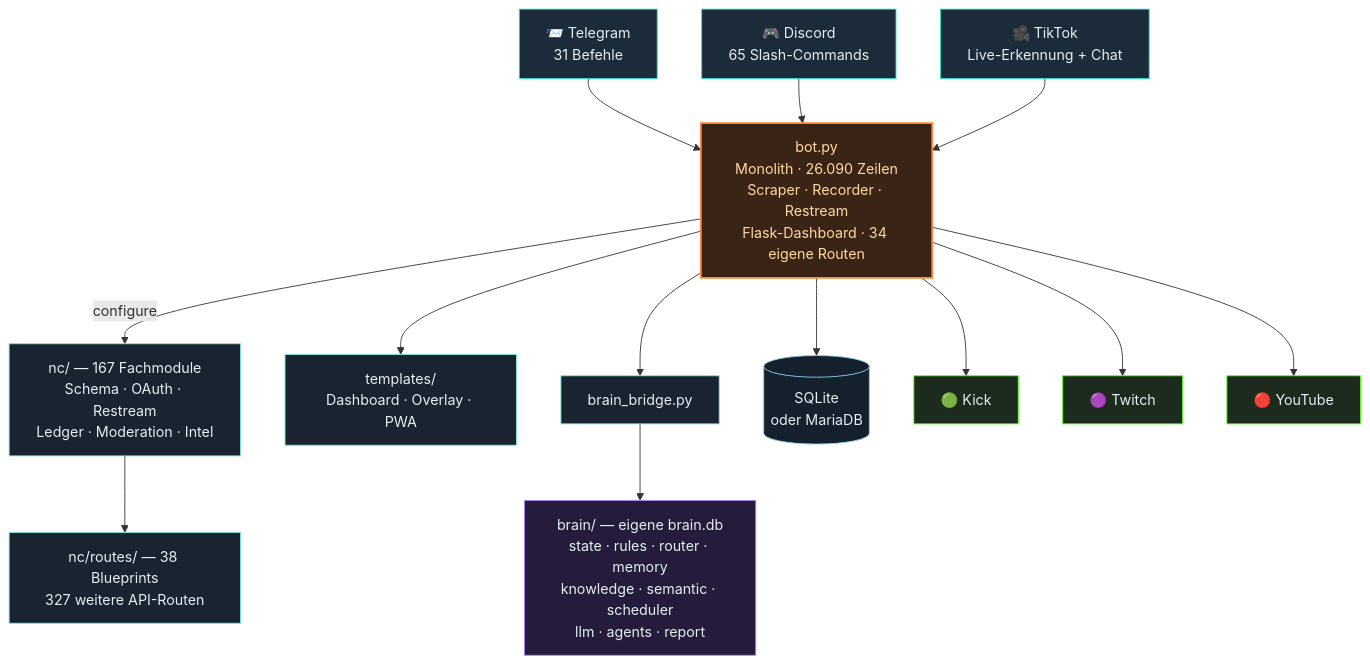
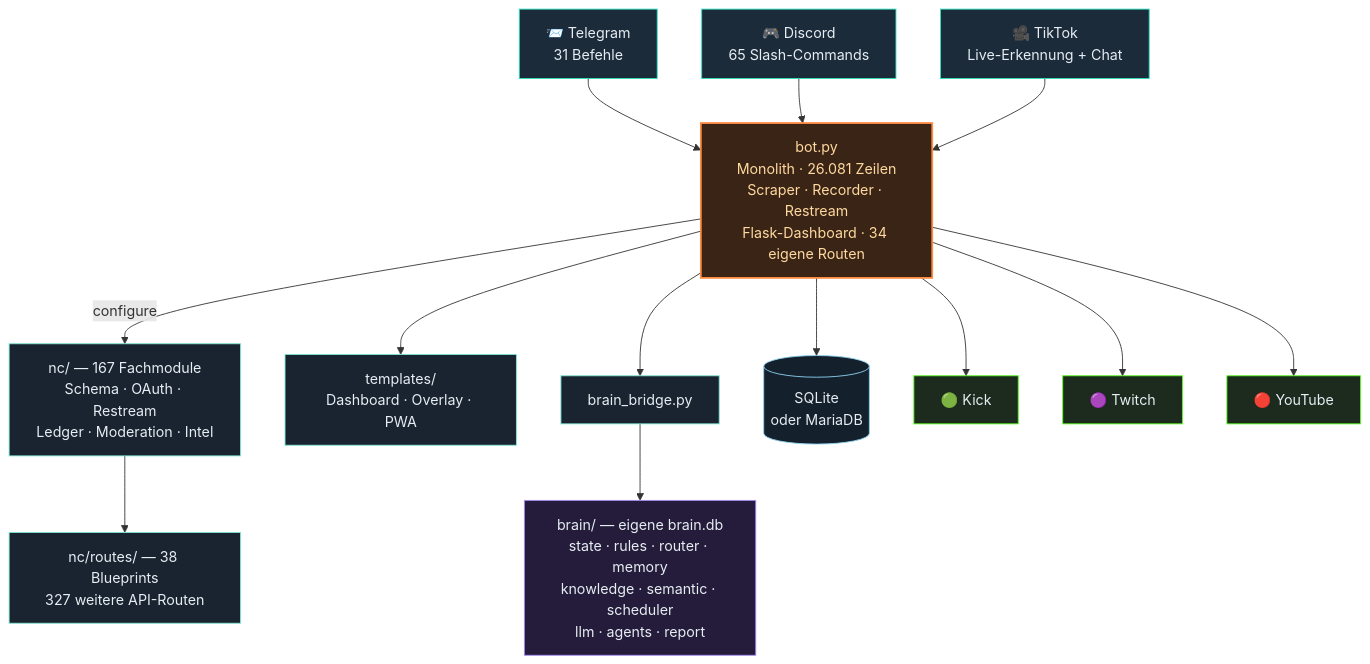
Before and after one commit to itsamemedev/Telegram-Stream-Info-Bot: the third of 4 diagrams in README.md, drawn with Mermaid. The commit also changed other lines of this file and 9 other files, not shown here.

````diff
--- a/README.md
+++ b/README.md
@@ -211,30 +211,30 @@
 ```mermaid
 flowchart TB
     TG["📨 Telegram<br/>31 Befehle"]:::ein
     DC["🎮 Discord<br/>65 Slash-Commands"]:::ein
     TT["🎥 TikTok<br/>Live-Erkennung + Chat"]:::ein
 
     TG --> BOT
     DC --> BOT
     TT --> BOT
 
-    BOT["bot.py<br/>Monolith · 26.090 Zeilen<br/>Scraper · Recorder · Restream<br/>Flask-Dashboard · 34 eigene Routen"]:::core
+    BOT["bot.py<br/>Monolith · 26.081 Zeilen<br/>Scraper · Recorder · Restream<br/>Flask-Dashboard · 34 eigene Routen"]:::core
 
     BOT -->|configure| NC["nc/ — 167 Fachmodule<br/>Schema · OAuth · Restream<br/>Ledger · Moderation · Intel"]:::lib
     NC --> RT["nc/routes/ — 38 Blueprints<br/>327 weitere API-Routen"]:::lib
     BOT --> TPL["templates/<br/>Dashboard · Overlay · PWA"]:::lib
     BOT --> BR["brain_bridge.py"]:::lib
     BR --> BRAIN["brain/ — eigene brain.db<br/>state · rules · router · memory<br/>knowledge · semantic · scheduler<br/>llm · agents · report"]:::brain
     BOT --> DB[("SQLite<br/>oder MariaDB")]:::db
 
     BOT --> KICK["🟢 Kick"]:::out
     BOT --> TW["🟣 Twitch"]:::out
     BOT --> YT["🔴 YouTube"]:::out
 
     classDef ein fill:#1c2b3a,stroke:#2de1c2,color:#e6edf3
     classDef core fill:#3a2415,stroke:#ff8c42,stroke-width:2px,color:#ffd9a0
     classDef lib fill:#1a2430,stroke:#7fe7d4,color:#e6edf3
     classDef brain fill:#241c3a,stroke:#a78bfa,color:#e6edf3
     classDef db fill:#14202c,stroke:#8fd3f4,color:#e6edf3
     classDef out fill:#1c2b1e,stroke:#53fc18,color:#e6edf3
 ```
````
